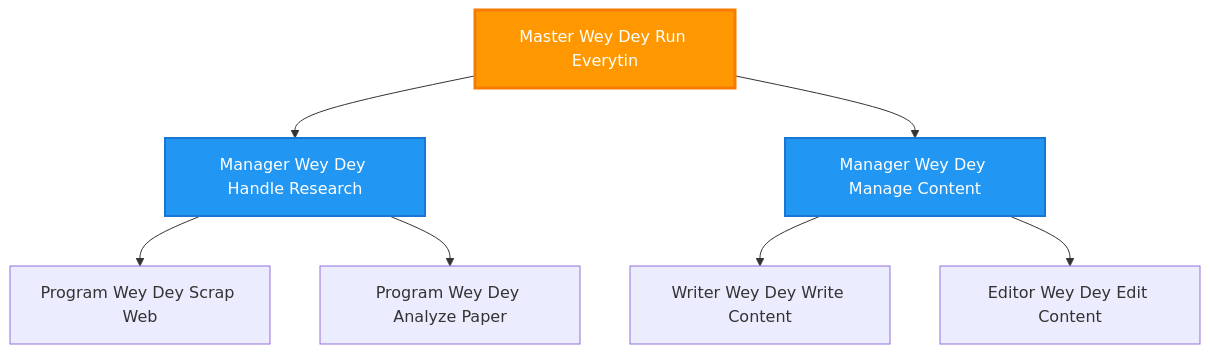
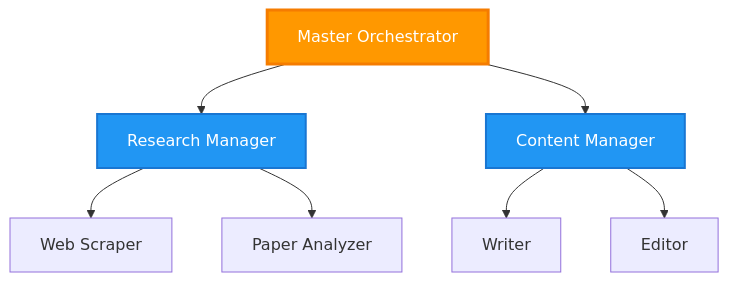
Before and after one commit to microsoft/AZD-for-beginners: the fourth of 7 diagrams in translations/pcm/docs/chapter-06-pre-deployment/coordination-patterns.md, drawn with Mermaid. The commit also changed other lines of this file and 135 other files, not shown here.

````diff
--- a/translations/pcm/docs/chapter-06-pre-deployment/coordination-patterns.md
+++ b/translations/pcm/docs/chapter-06-pre-deployment/coordination-patterns.md
@@ -143,21 +146,21 @@
 ```mermaid
 graph TB
-    Master[Master Wey Dey Run Everytin]
-    Manager1[Manager Wey Dey Handle Research]
-    Manager2[Manager Wey Dey Manage Content]
-    W1[Program Wey Dey Scrap Web]
-    W2[Program Wey Dey Analyze Paper]
-    W3[Writer Wey Dey Write Content]
-    W4[Editor Wey Dey Edit Content]
+    Master[Master Orchestrator]
+    Manager1[Research Manager]
+    Manager2[Content Manager]
+    W1[Web Scraper]
+    W2[Paper Analyzer]
+    W3[Writer]
+    W4[Editor]
     
     Master --> Manager1
     Master --> Manager2
     Manager1 --> W1
     Manager1 --> W2
     Manager2 --> W3
     Manager2 --> W4
     
     style Master fill:#FF9800,stroke:#F57C00,stroke-width:3px,color:#fff
     style Manager1 fill:#2196F3,stroke:#1976D2,stroke-width:2px,color:#fff
     style Manager2 fill:#2196F3,stroke:#1976D2,stroke-width:2px,color:#fff
 ```
````
